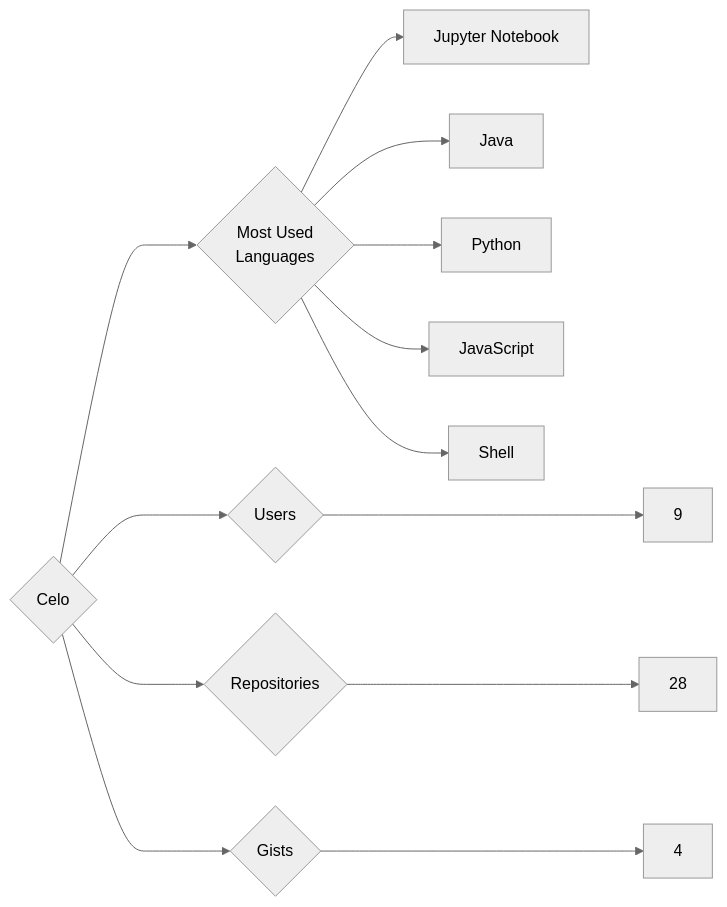
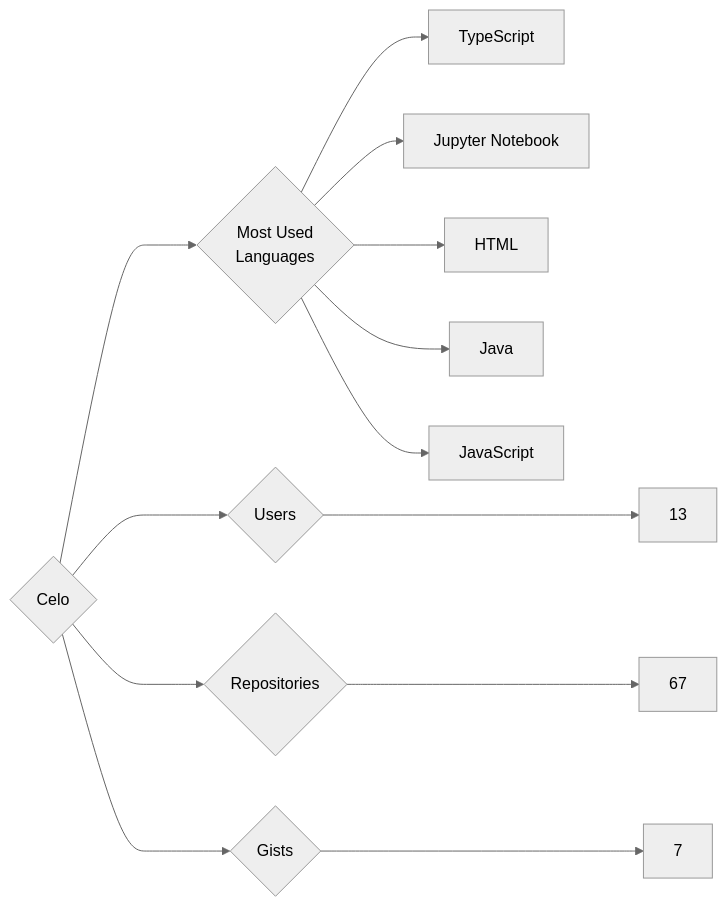
The diagram in targets/Celo/README.md (trickest/insiders), drawn with Mermaid (neutral theme) before and after one commit. The commit also changed 699 other files, not shown here.

````diff
--- a/targets/Celo/README.md
+++ b/targets/Celo/README.md
@@ -3,13 +3,13 @@
 ```mermaid
 graph LR
 COMPANY_NAME{Celo}
-COMPANY_NAME ---> U{Users} ---> UN[9]
-COMPANY_NAME ---> R{Repositories} ---> RN[28]
-COMPANY_NAME ---> G{Gists} ---> GN[4]
+COMPANY_NAME ---> U{Users} ---> UN[13]
+COMPANY_NAME ---> R{Repositories} ---> RN[67]
+COMPANY_NAME ---> G{Gists} ---> GN[7]
 COMPANY_NAME ---> ML{Most Used<br>Languages}
+ML --> TypeScript[TypeScript]
 ML --> Jupyter_Notebook[Jupyter Notebook]
+ML --> HTML[HTML]
 ML --> Java[Java]
-ML --> Python[Python]
 ML --> JavaScript[JavaScript]
-ML --> Shell[Shell]
 ```
````
